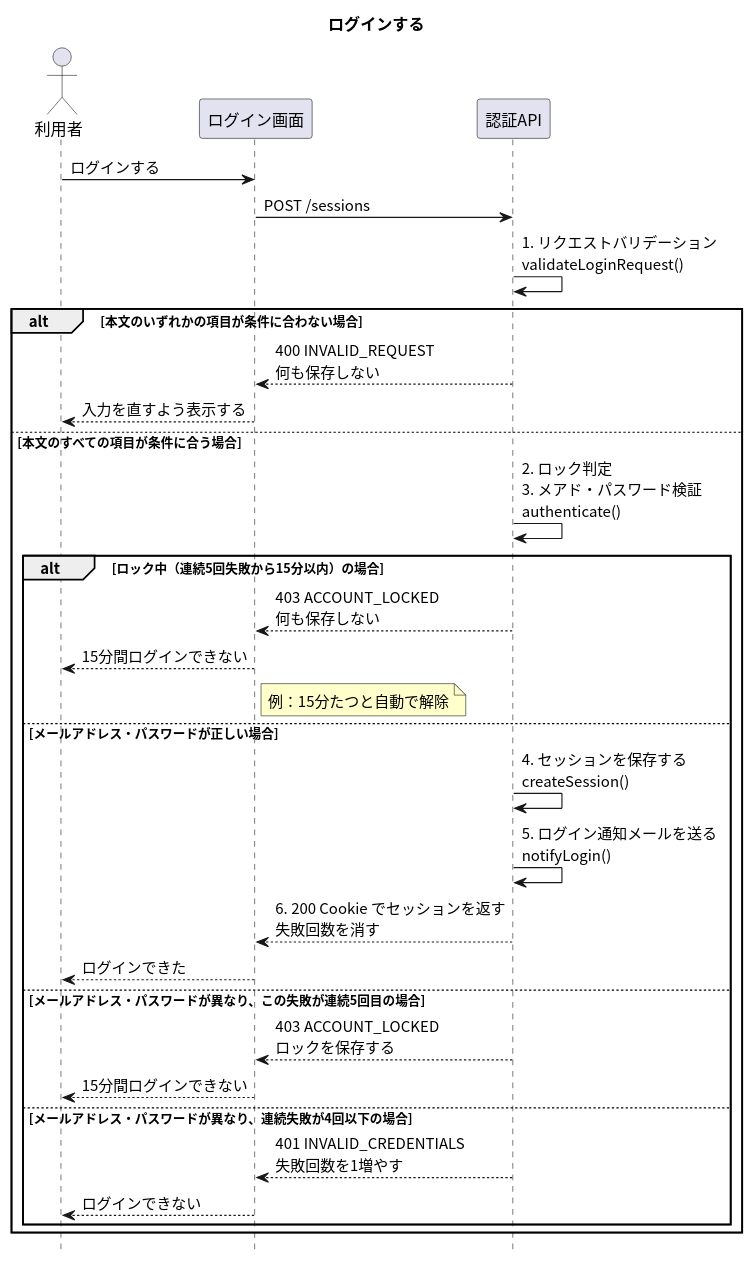
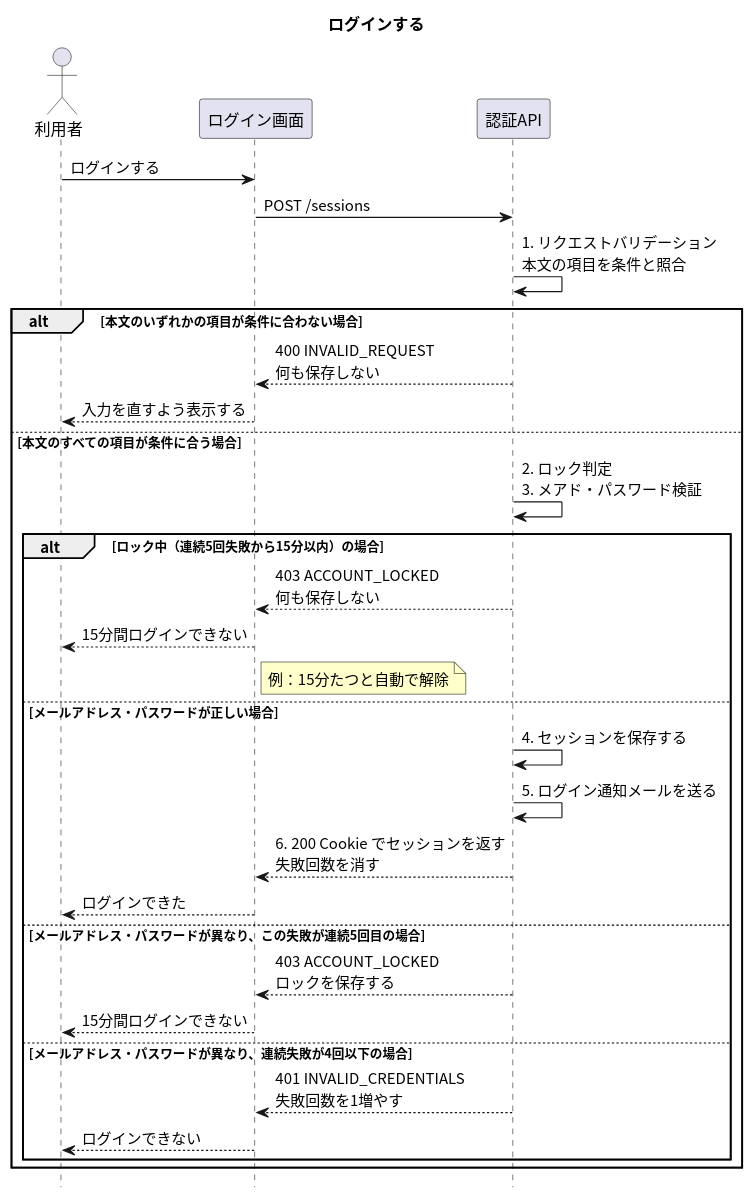
Before and after one commit to masamasamasato/design-doc-template: the diagram in apis/login/入口.puml, drawn with PlantUML. The commit also changed 12 other files, not shown here.

```diff
--- a/apis/login/入口.puml
+++ b/apis/login/入口.puml
@@ -1,39 +1,39 @@
 @startuml
 skinparam shadowing false
 skinparam defaultFontName "Noto Sans CJK JP"
 skinparam SequenceFontName "Noto Sans CJK JP"
 skinparam NoteBackgroundColor #FFFFCC
 hide footbox
 
 title ログインする
 
 actor "利用者" as User
 participant "ログイン画面" as Screen
 participant "認証API" as API
 
 User -> Screen : ログインする
 Screen -> API : POST /sessions
-API -> API : 1. リクエストバリデーション\nvalidateLoginRequest()
+API -> API : 1. リクエストバリデーション\n本文の項目を条件と照合
 alt 本文のいずれかの項目が条件に合わない場合
   API --> Screen : 400 INVALID_REQUEST\n何も保存しない
   Screen --> User : 入力を直すよう表示する
 else 本文のすべての項目が条件に合う場合
-  API -> API : 2. ロック判定\n3. メアド・パスワード検証\nauthenticate()
+  API -> API : 2. ロック判定\n3. メアド・パスワード検証
   alt ロック中（連続5回失敗から15分以内）の場合
     API --> Screen : 403 ACCOUNT_LOCKED\n何も保存しない
     Screen --> User : 15分間ログインできない
     note right of Screen : 例：15分たつと自動で解除
   else メールアドレス・パスワードが正しい場合
-    API -> API : 4. セッションを保存する\ncreateSession()
-    API -> API : 5. ログイン通知メールを送る\nnotifyLogin()
+    API -> API : 4. セッションを保存する
+    API -> API : 5. ログイン通知メールを送る
     API --> Screen : 6. 200 Cookie でセッションを返す\n失敗回数を消す
     Screen --> User : ログインできた
   else メールアドレス・パスワードが異なり、この失敗が連続5回目の場合
     API --> Screen : 403 ACCOUNT_LOCKED\nロックを保存する
     Screen --> User : 15分間ログインできない
   else メールアドレス・パスワードが異なり、連続失敗が4回以下の場合
     API --> Screen : 401 INVALID_CREDENTIALS\n失敗回数を1増やす
     Screen --> User : ログインできない
   end
 end
 @enduml
```
